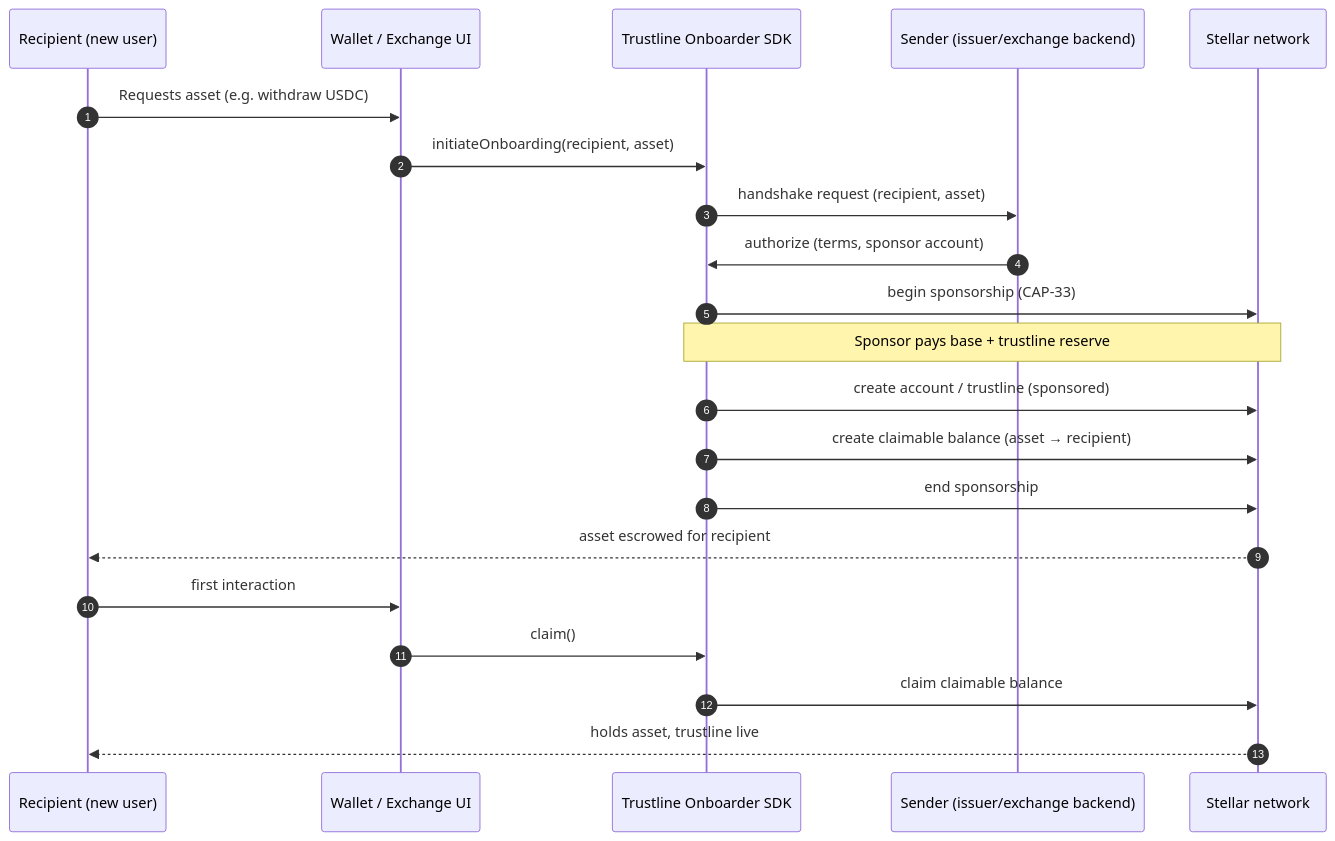
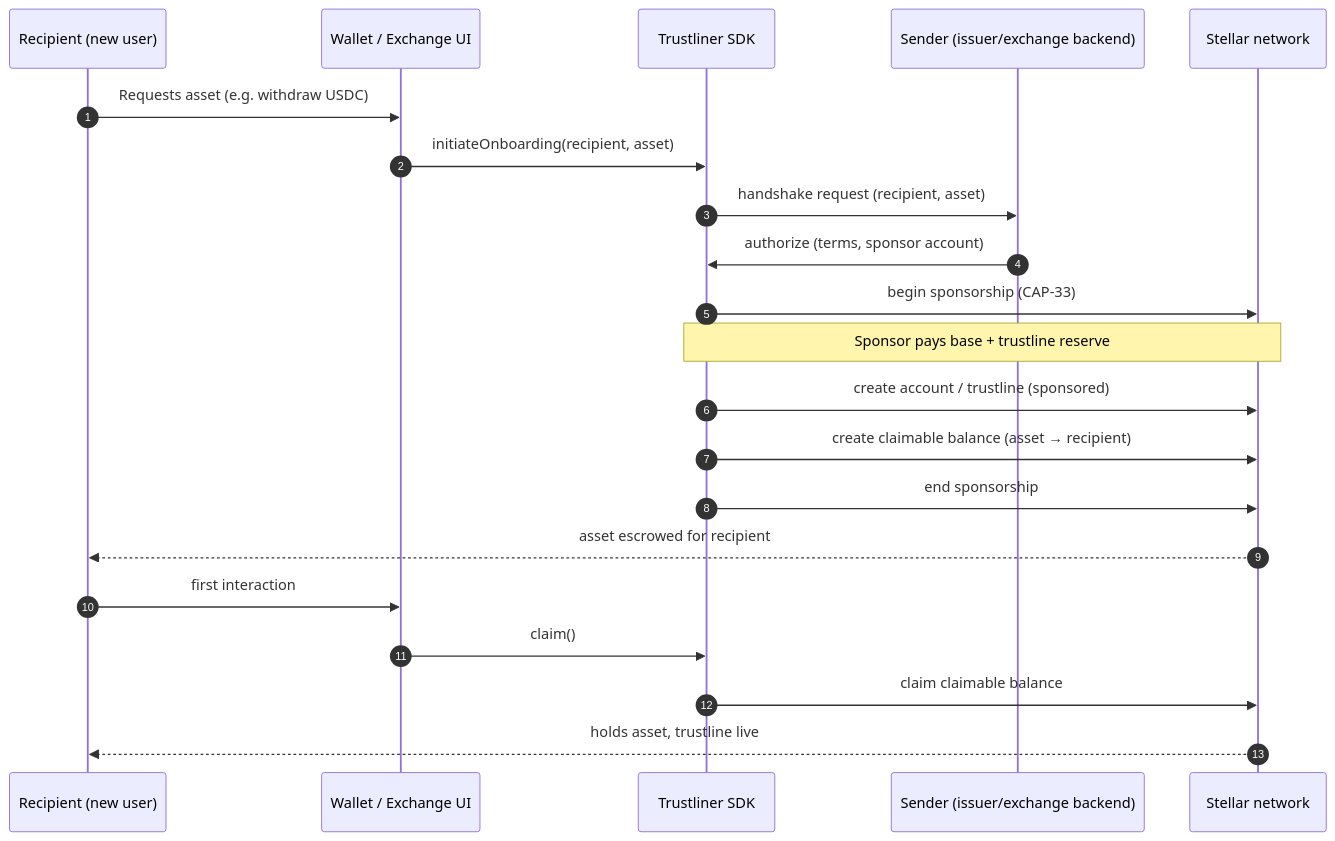
One commit to cedricmagne/trustliner changed the diagram in proposal/architecture.md. Above: the diagram before and after it, drawn with Mermaid. The commit also changed other lines of this file and 20 other files, not shown here.

````diff
--- a/proposal/architecture.md
+++ b/proposal/architecture.md
@@ -24,24 +24,24 @@
 ```mermaid
 sequenceDiagram
     autonumber
     participant R as Recipient (new user)
     participant W as Wallet / Exchange UI
-    participant SDK as Trustline Onboarder SDK
+    participant SDK as Trustliner SDK
     participant S as Sender (issuer/exchange backend)
     participant N as Stellar network
 
     R->>W: Requests asset (e.g. withdraw USDC)
     W->>SDK: initiateOnboarding(recipient, asset)
     SDK->>S: handshake request (recipient, asset)
     S->>SDK: authorize (terms, sponsor account)
     SDK->>N: begin sponsorship (CAP-33)
     Note over SDK,N: Sponsor pays base + trustline reserve
     SDK->>N: create account / trustline (sponsored)
     SDK->>N: create claimable balance (asset → recipient)
     SDK->>N: end sponsorship
     N-->>R: asset escrowed for recipient
     R->>W: first interaction
     W->>SDK: claim()
     SDK->>N: claim claimable balance
     N-->>R: holds asset, trustline live
 ```
````
